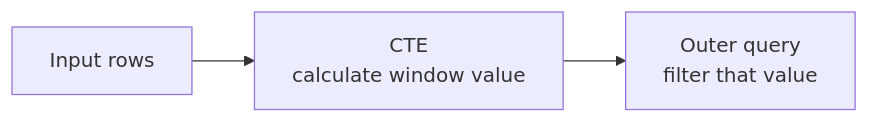
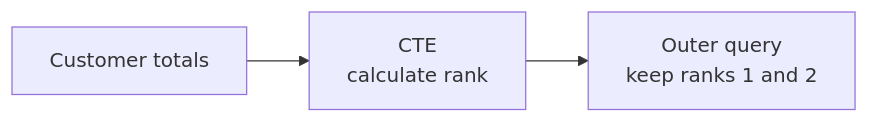
The fourth of 4 diagrams in docs/gitbook/labs/01-window-functions.md (OrPerets/postgres-data-engineering-student), drawn with Mermaid before and after one commit. The commit also changed other lines of this file and 9 other files, not shown here.

````diff
--- a/docs/gitbook/labs/01-window-functions.md
+++ b/docs/gitbook/labs/01-window-functions.md
@@ -183,4 +147,4 @@
 ```mermaid
 flowchart LR
-    A["Input rows"] --> B["CTE<br/>calculate window value"] --> C["Outer query<br/>filter that value"]
+    A["Customer totals"] --> B["CTE<br/>calculate rank"] --> C["Outer query<br/>keep ranks 1 and 2"]
 ```
````
